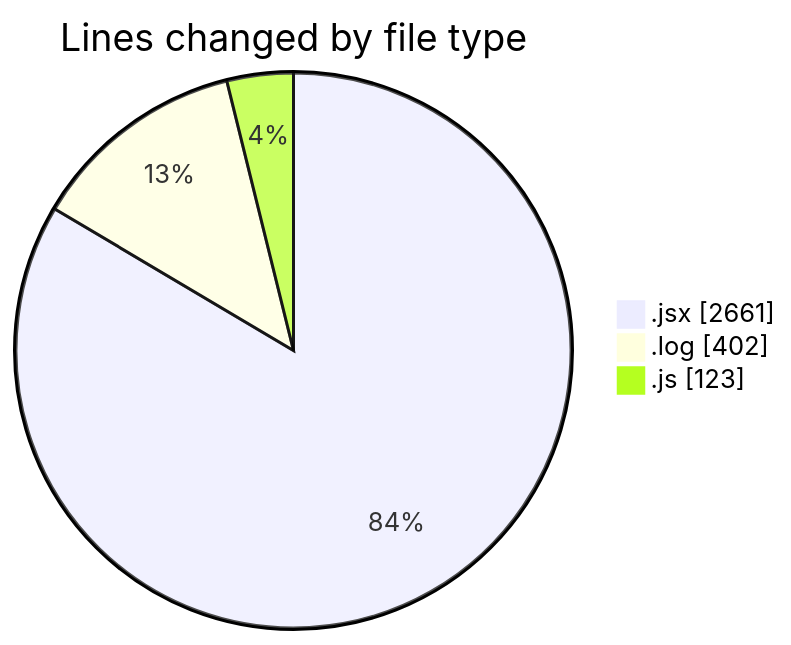
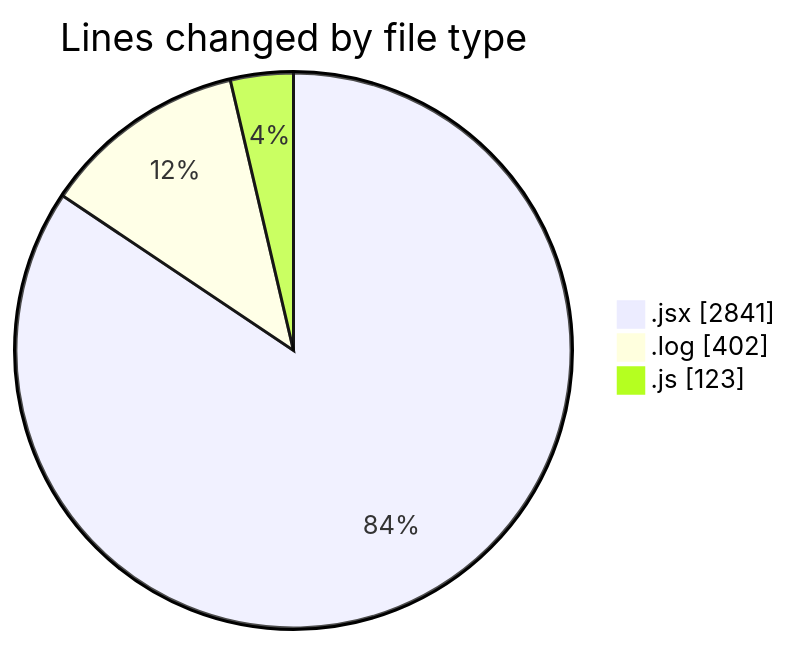
The first of 2 diagrams in 2025-05-02/nxtqube_webapp/README.md (nxtqubesakshisongat/code-tracking), drawn with Mermaid before and after one commit. The commit also changed other lines of this file and 1 other file, not shown here.

````diff
--- a/2025-05-02/nxtqube_webapp/README.md
+++ b/2025-05-02/nxtqube_webapp/README.md
@@ -26,7 +26,7 @@
 ```mermaid
 pie showData
 title Lines changed by file type
-".jsx" : 2661
+".jsx" : 2841
 ".log" : 402
 ".js" : 123
 ```
````
